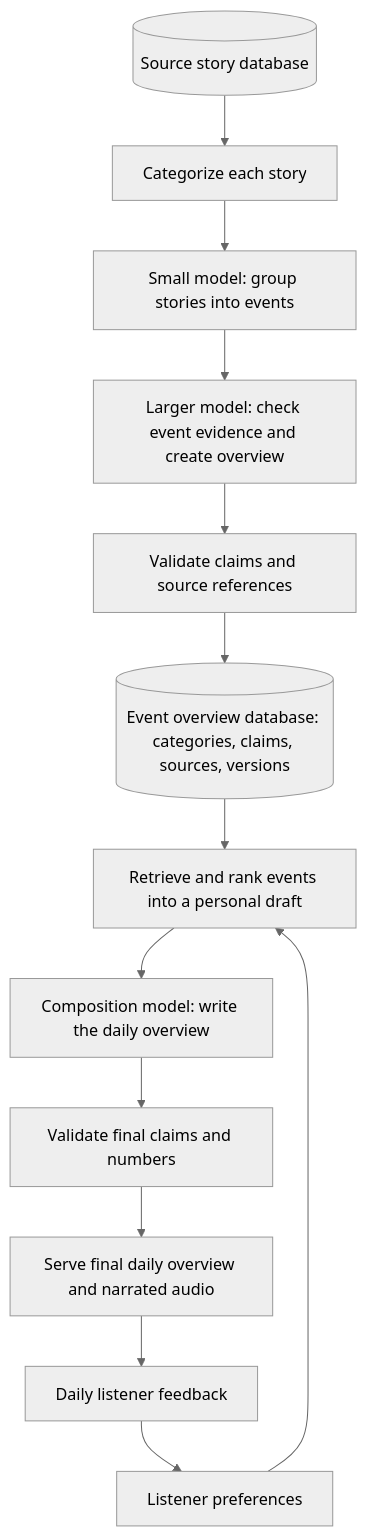
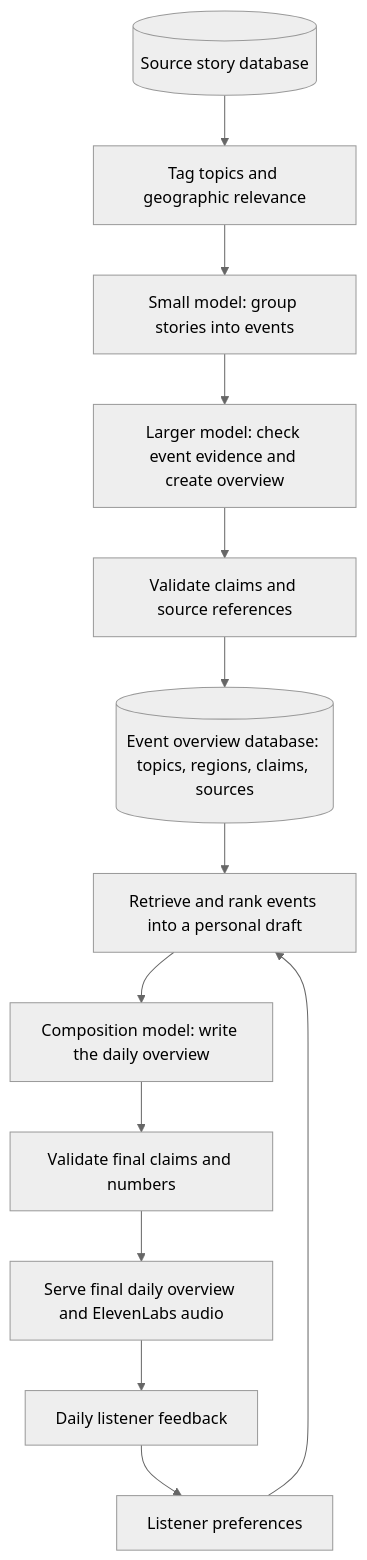
The diagram in BUILD_PLAN.md (wilk-z-lasu/Certa), drawn with Mermaid (neutral theme) before and after one commit. The commit also changed other lines of this file, not shown here.

Commit message:
Plan local news coverage and ElevenLabs narration

````diff
--- a/BUILD_PLAN.md
+++ b/BUILD_PLAN.md
@@ -11,15 +11,15 @@
 ```mermaid
 flowchart TD
-    A[(Source story database)] --> B[Categorize each story]
+    A[(Source story database)] --> B[Tag topics and geographic relevance]
     B --> C[Small model: group stories into events]
     C --> D[Larger model: check event evidence and create overview]
     D --> E[Validate claims and source references]
-    E --> F[(Event overview database: categories, claims, sources, versions)]
+    E --> F[(Event overview database: topics, regions, claims, sources)]
     P[Listener preferences] --> G[Retrieve and rank events into a personal draft]
     F --> G
     G --> H[Composition model: write the daily overview]
     H --> I[Validate final claims and numbers]
-    I --> J[Serve final daily overview and narrated audio]
+    I --> J[Serve final daily overview and ElevenLabs audio]
     J --> K[Daily listener feedback]
     K --> P
 ```
````
